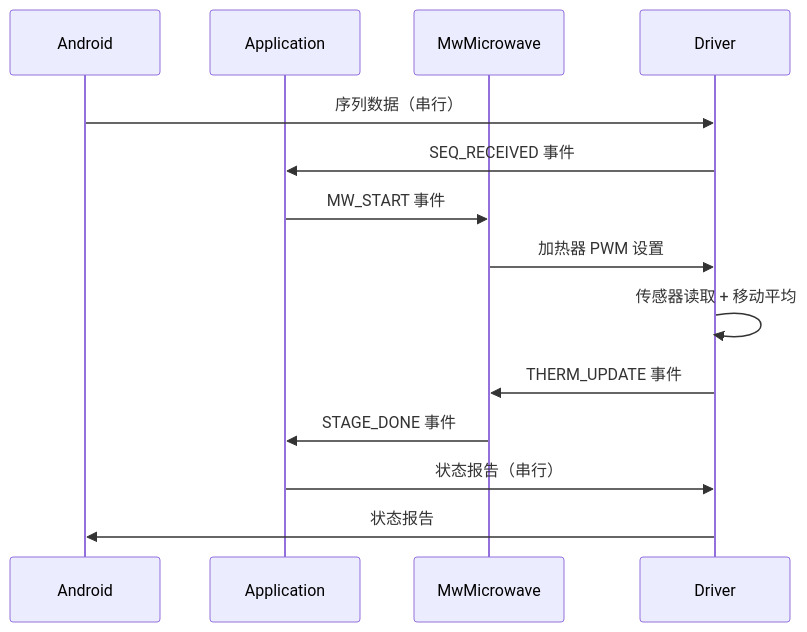
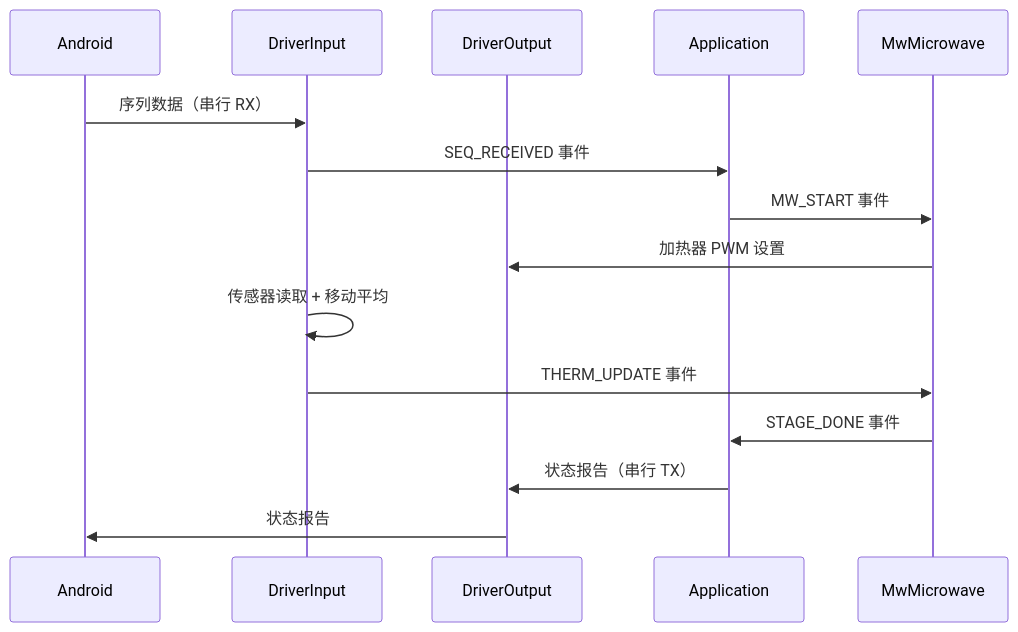
One commit to akashi-hideki/StaTable changed the fourth of 15 diagrams in code/docs/samples/LAYER_DESIGN_zh.md. Above: the diagram before and after it, drawn with Mermaid. The commit also changed other lines of this file and 3 other files, not shown here.

````diff
--- a/code/docs/samples/LAYER_DESIGN_zh.md
+++ b/code/docs/samples/LAYER_DESIGN_zh.md
@@ -196,17 +212,18 @@
 ```mermaid
 sequenceDiagram
     participant Android
+    participant DrvIn as DriverInput
+    participant DrvOut as DriverOutput
     participant App as Application
     participant Mw as MwMicrowave
-    participant Drv as Driver
 
-    Android->>Drv: 序列数据（串行）
-    Drv->>App: SEQ_RECEIVED 事件
+    Android->>DrvIn: 序列数据（串行 RX）
+    DrvIn->>App: SEQ_RECEIVED 事件
     App->>Mw: MW_START 事件
-    Mw->>Drv: 加热器 PWM 设置
-    Drv->>Drv: 传感器读取 + 移动平均
-    Drv->>Mw: THERM_UPDATE 事件
+    Mw->>DrvOut: 加热器 PWM 设置
+    DrvIn->>DrvIn: 传感器读取 + 移动平均
+    DrvIn->>Mw: THERM_UPDATE 事件
     Mw->>App: STAGE_DONE 事件
-    App->>Drv: 状态报告（串行）
-    Drv->>Android: 状态报告
+    App->>DrvOut: 状态报告（串行 TX）
+    DrvOut->>Android: 状态报告
 ```
````
